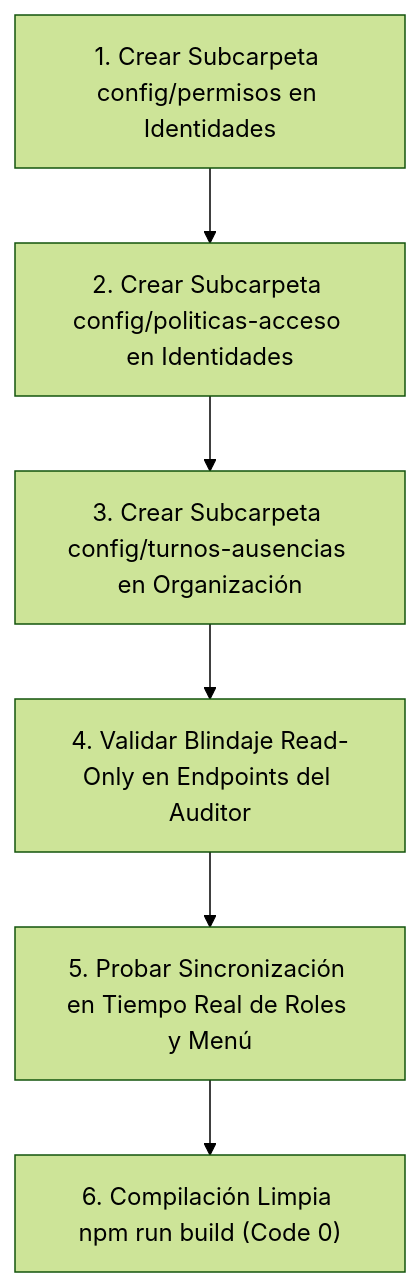
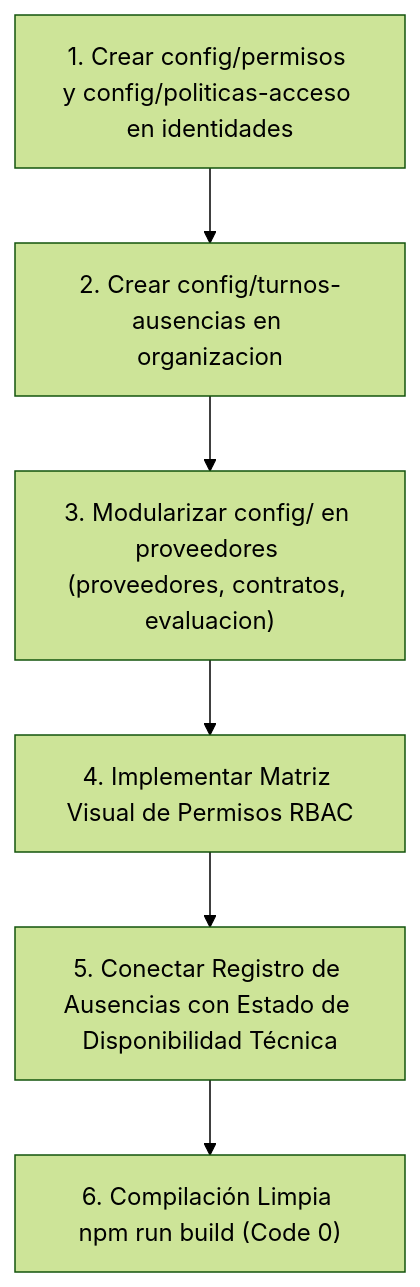
Before and after one commit to Azure-2312/FlowDesk-Software-ITSM: the diagram in DOCUMENTACIÓN/ASIGNACION_JUNIOR.md, drawn with Mermaid (forest theme). The commit also changed other lines of this file and 4 other files, not shown here.

````diff
--- a/DOCUMENTACIÓN/ASIGNACION_JUNIOR.md
+++ b/DOCUMENTACIÓN/ASIGNACION_JUNIOR.md
@@ -115,8 +133,8 @@
 ```mermaid
 flowchart TD
-    A["1. Crear Subcarpeta config/permisos en Identidades"] --> B["2. Crear Subcarpeta config/politicas-acceso en Identidades"]
-    B --> C["3. Crear Subcarpeta config/turnos-ausencias en Organización"]
-    C --> D["4. Validar Blindaje Read-Only en Endpoints del Auditor"]
-    D --> E["5. Probar Sincronización en Tiempo Real de Roles y Menú"]
+    A["1. Crear config/permisos y config/politicas-acceso en identidades"] --> B["2. Crear config/turnos-ausencias en organizacion"]
+    B --> C["3. Modularizar config/ en proveedores (proveedores, contratos, evaluacion)"]
+    C --> D["4. Implementar Matriz Visual de Permisos RBAC"]
+    D --> E["5. Conectar Registro de Ausencias con Estado de Disponibilidad Técnica"]
     E --> F["6. Compilación Limpia npm run build (Code 0)"]
 ```
````
